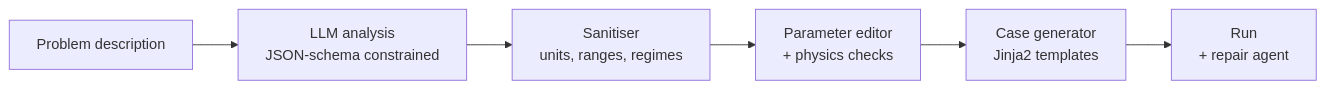
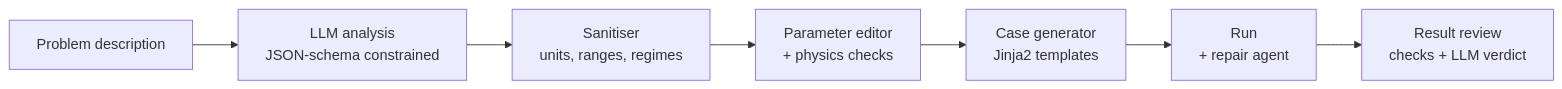
The diagram in README.md (jamaloubanbal/cfd-case-generator), drawn with Mermaid before and after one commit. The commit also changed other lines of this file and 6 other files, not shown here.

````diff
--- a/README.md
+++ b/README.md
@@ -94,8 +98,9 @@
 ```mermaid
 flowchart LR
     A[Problem description] --> B[LLM analysis<br/>JSON-schema constrained]
     B --> C[Sanitiser<br/>units, ranges, regimes]
     C --> D[Parameter editor<br/>+ physics checks]
     D --> E[Case generator<br/>Jinja2 templates]
     E --> F[Run<br/>+ repair agent]
+    F --> G[Result review<br/>checks + LLM verdict]
 ```
````
